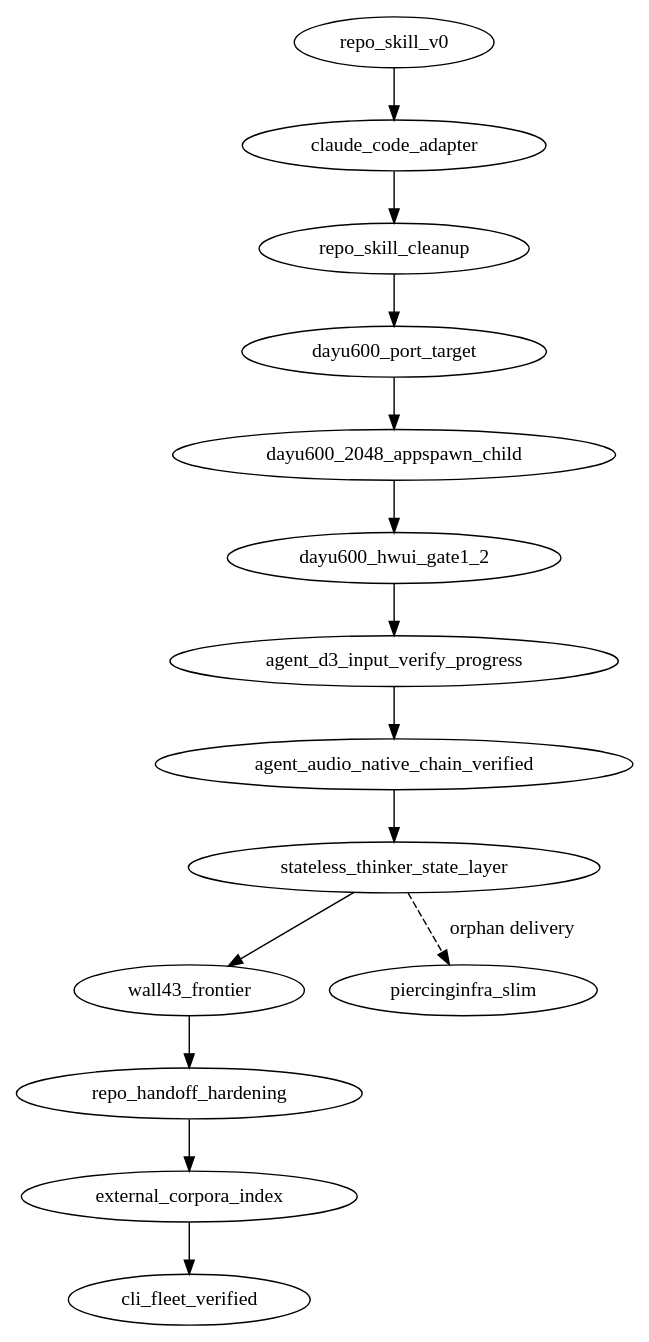
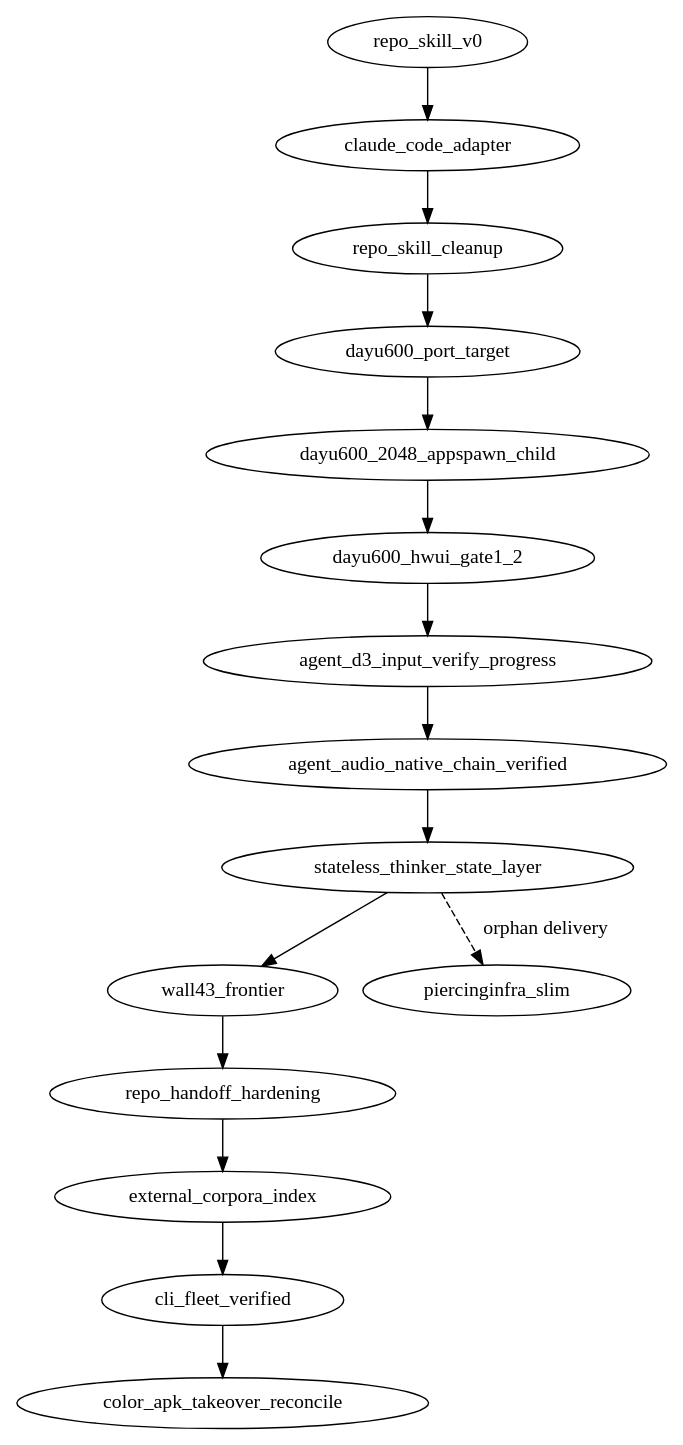
One commit to BH3GEI/westlake-piercing changed the diagram in REPO_HISTORY.dot. Above: the diagram before and after it, drawn with Graphviz. The commit also changed 13 other files, not shown here.

```diff
--- a/REPO_HISTORY.dot
+++ b/REPO_HISTORY.dot
@@ -172,6 +172,18 @@
     note=".repo-skill/turns/2026-07-10-cli-fleet-audit.md"
   ];
 
-  repo_skill_v0 -> claude_code_adapter -> repo_skill_cleanup -> dayu600_port_target -> dayu600_2048_appspawn_child -> dayu600_hwui_gate1_2 -> agent_d3_input_verify_progress -> agent_audio_native_chain_verified -> stateless_thinker_state_layer -> wall43_frontier -> repo_handoff_hardening -> external_corpora_index -> cli_fleet_verified;
+  color_apk_takeover_reconcile [
+    commit="self",
+    base_commit="68bc6d65c141a5555b987a6a65e58afb611e8e47",
+    actor="Yao/Codex",
+    title="reconcile the color-apk handoff and stale worker state",
+    user_input="Inspect the repository commits and on-disk state, read the 2026-07-11 color APK handoff carefully, and continue the previous developer's work.",
+    agent_action="Audited canonical and sibling worktrees, rejected a stale W-003 PASS after later artifact changes, accepted two host card oracles, blocked the unsourced wall-46 experiment, released its board lock, compressed the live frontier, and made the color APK build deterministic.",
+    code_delta="State/task reconciliation, W-003 corrected card context, deterministic color-smoke APK recipe and hash lock; no claim of panel rendering or wall-49 PASS.",
+    verify="handoff structure check; A-01 and R-52 host oracles PASS; color APK rebuilt twice with identical sha256; latest inherited inflate51 prototype observed SIGBUS before inflate",
+    note=".repo-skill/turns/2026-07-11-color-apk-takeover-reconcile.md"
+  ];
+
+  repo_skill_v0 -> claude_code_adapter -> repo_skill_cleanup -> dayu600_port_target -> dayu600_2048_appspawn_child -> dayu600_hwui_gate1_2 -> agent_d3_input_verify_progress -> agent_audio_native_chain_verified -> stateless_thinker_state_layer -> wall43_frontier -> repo_handoff_hardening -> external_corpora_index -> cli_fleet_verified -> color_apk_takeover_reconcile;
   stateless_thinker_state_layer -> piercinginfra_slim [style="dashed", label="orphan delivery"];
 }
```
